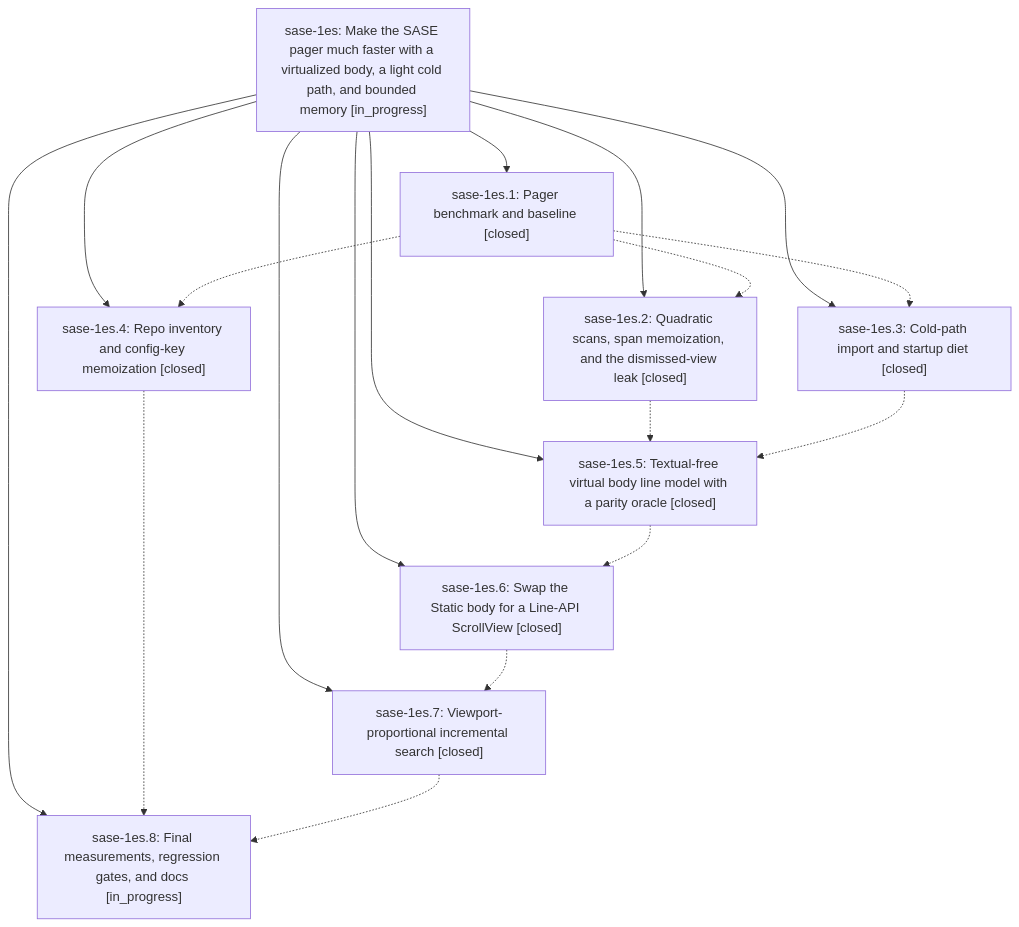
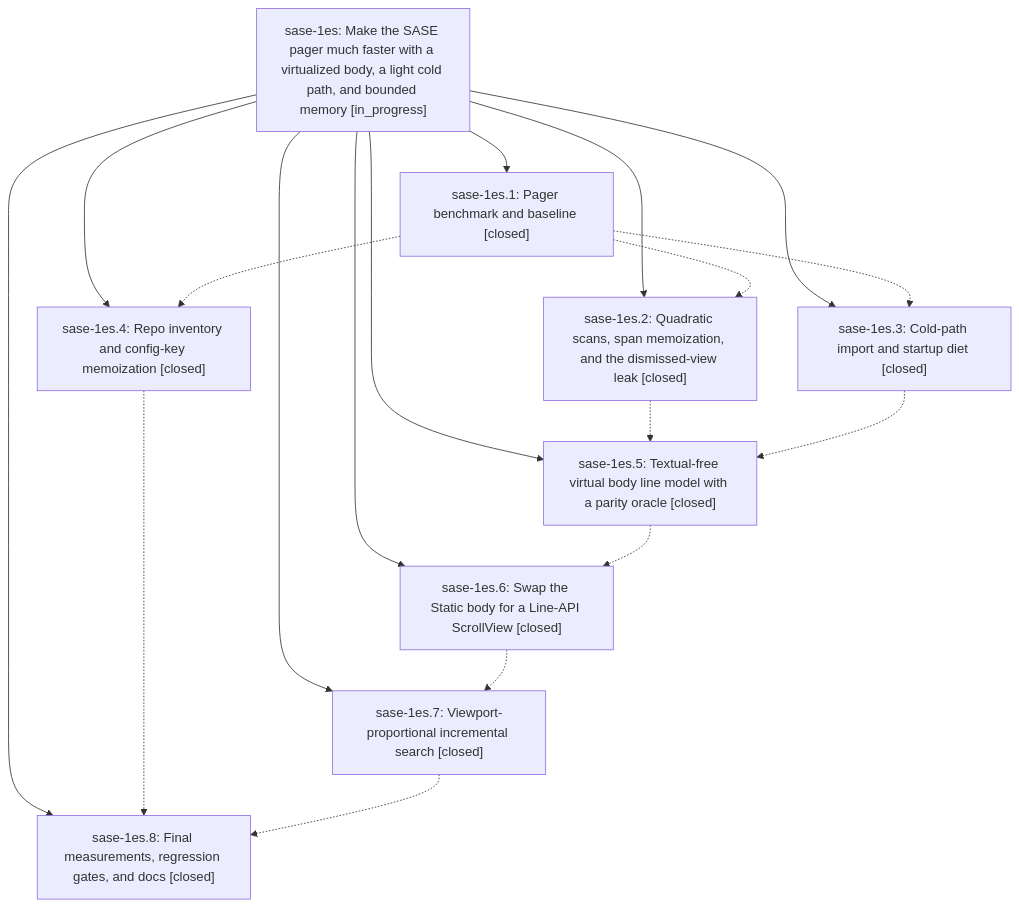
The diagram in pages/sase-1es/README.md (sase-org/sase--beads), drawn with Mermaid before and after one commit. The commit also changed other lines of this file and 3 other files, not shown here.

````diff
--- a/pages/sase-1es/README.md
+++ b/pages/sase-1es/README.md
@@ -33,29 +33,29 @@
 ```mermaid
 flowchart TD
     n0["sase-1es: Make the SASE pager much faster with a virtualized body, a light cold path, and bounded memory [in_progress]"]
     n1["sase-1es.1: Pager benchmark and baseline [closed]"]
     n2["sase-1es.2: Quadratic scans, span memoization, and the dismissed-view leak [closed]"]
     n3["sase-1es.3: Cold-path import and startup diet [closed]"]
     n4["sase-1es.4: Repo inventory and config-key memoization [closed]"]
     n5["sase-1es.5: Textual-free virtual body line model with a parity oracle [closed]"]
     n6["sase-1es.6: Swap the Static body for a Line-API ScrollView [closed]"]
     n7["sase-1es.7: Viewport-proportional incremental search [closed]"]
-    n8["sase-1es.8: Final measurements, regression gates, and docs [in_progress]"]
+    n8["sase-1es.8: Final measurements, regression gates, and docs [closed]"]
     n0 --> n1
     n0 --> n2
     n0 --> n3
     n0 --> n4
     n0 --> n5
     n0 --> n6
     n0 --> n7
     n0 --> n8
     n1 -.-> n2
     n1 -.-> n3
     n1 -.-> n4
     n2 -.-> n5
     n3 -.-> n5
     n4 -.-> n8
     n5 -.-> n6
     n6 -.-> n7
     n7 -.-> n8
 ```
````
